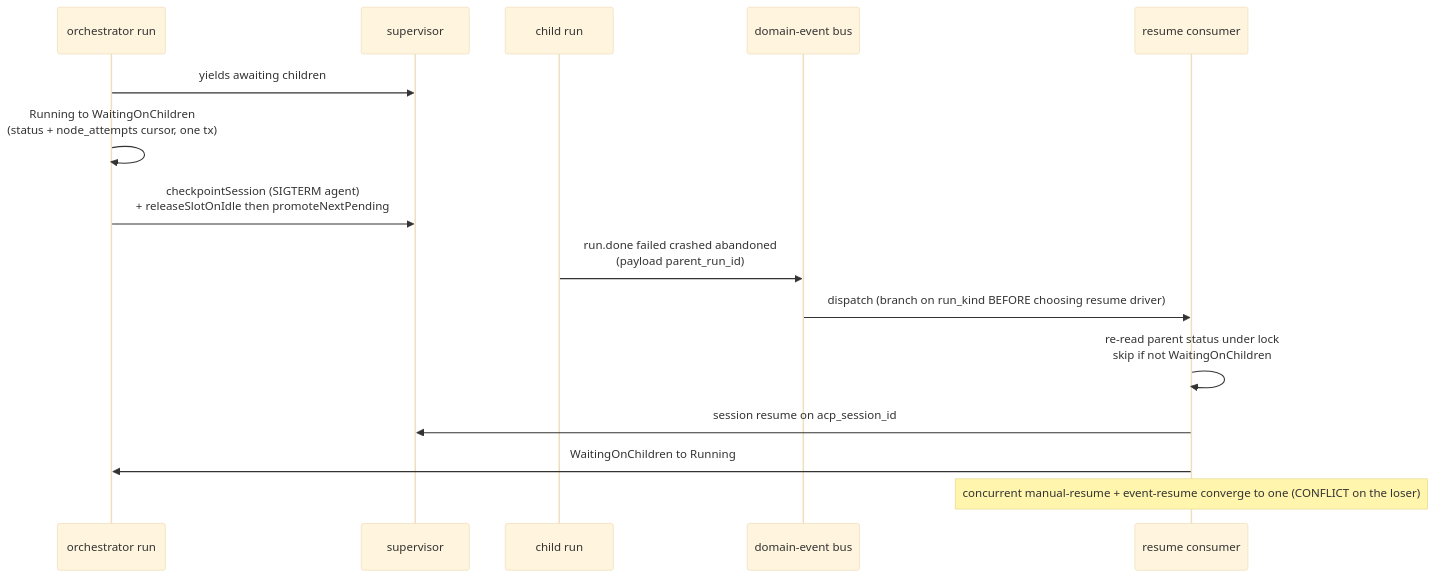
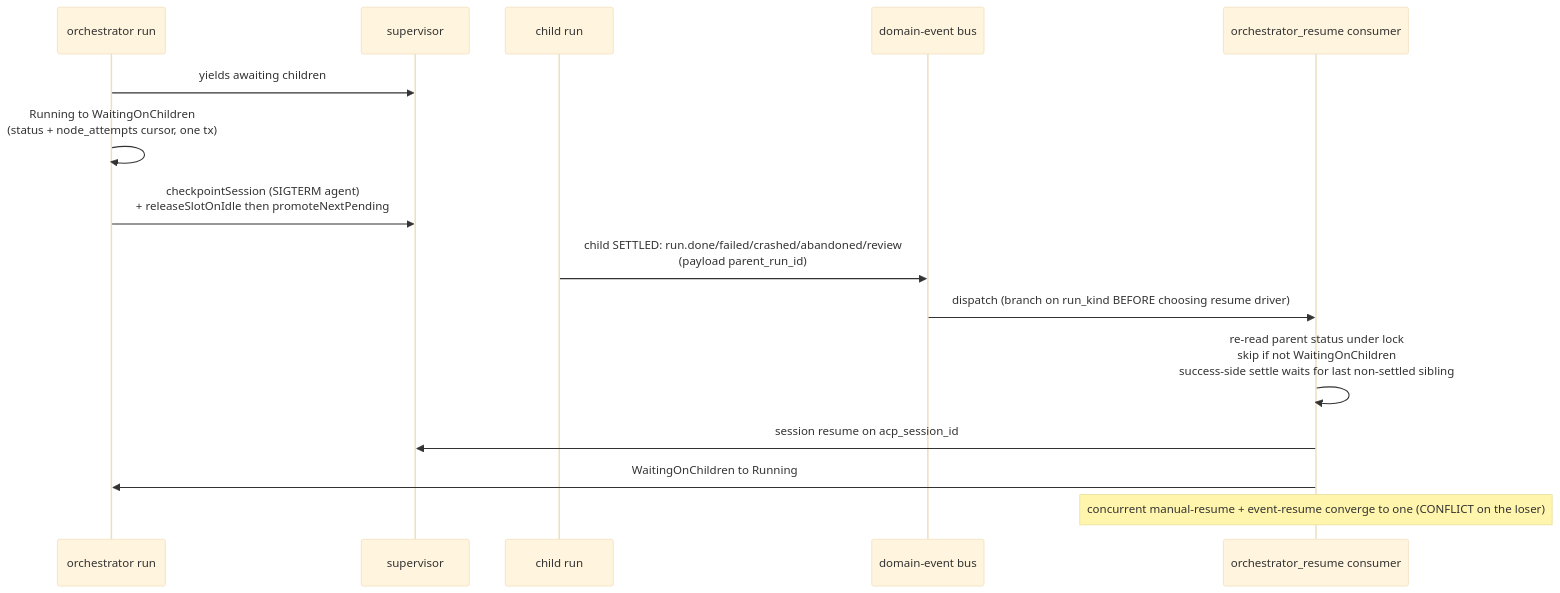
Before and after one commit to maister-dev/maister: the fourth of 6 diagrams in docs/system-analytics/orchestrator.md, drawn with Mermaid (base theme). The commit also changed other lines of this file and 12 other files, not shown here.

````diff
--- a/docs/system-analytics/orchestrator.md
+++ b/docs/system-analytics/orchestrator.md
@@ -146,17 +157,17 @@
 ```mermaid
 sequenceDiagram
     participant O as orchestrator run
     participant SUP as supervisor
     participant CH as child run
     participant B as domain-event bus
-    participant R as resume consumer
+    participant R as orchestrator_resume consumer
     O->>SUP: yields awaiting children
     O->>O: Running to WaitingOnChildren<br/>(status + node_attempts cursor, one tx)
     O->>SUP: checkpointSession (SIGTERM agent)<br/>+ releaseSlotOnIdle then promoteNextPending
-    CH->>B: run.done failed crashed abandoned<br/>(payload parent_run_id)
+    CH->>B: child SETTLED: run.done/failed/crashed/abandoned/review<br/>(payload parent_run_id)
     B->>R: dispatch (branch on run_kind BEFORE choosing resume driver)
-    R->>R: re-read parent status under lock<br/>skip if not WaitingOnChildren
+    R->>R: re-read parent status under lock<br/>skip if not WaitingOnChildren<br/>success-side settle waits for last non-settled sibling
     R->>SUP: session resume on acp_session_id
     R->>O: WaitingOnChildren to Running
     Note over R: concurrent manual-resume + event-resume converge to one (CONFLICT on the loser)
 ```
````
